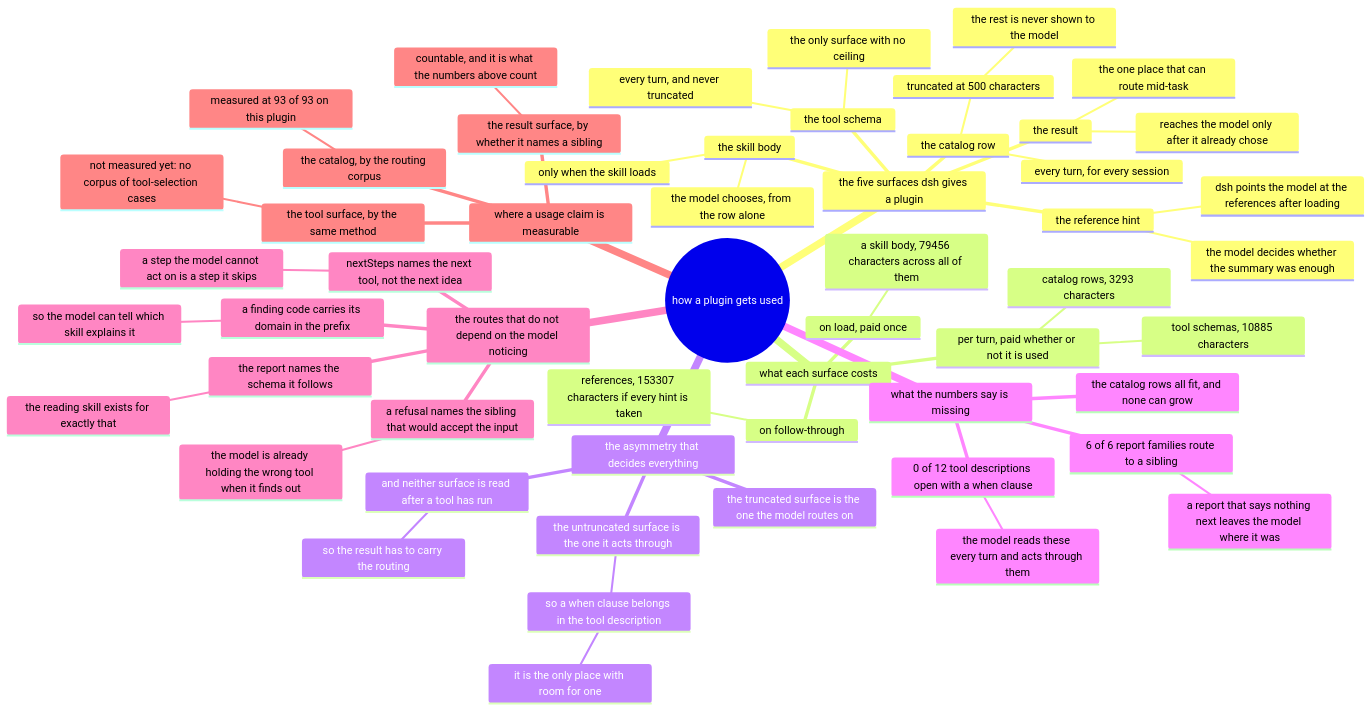
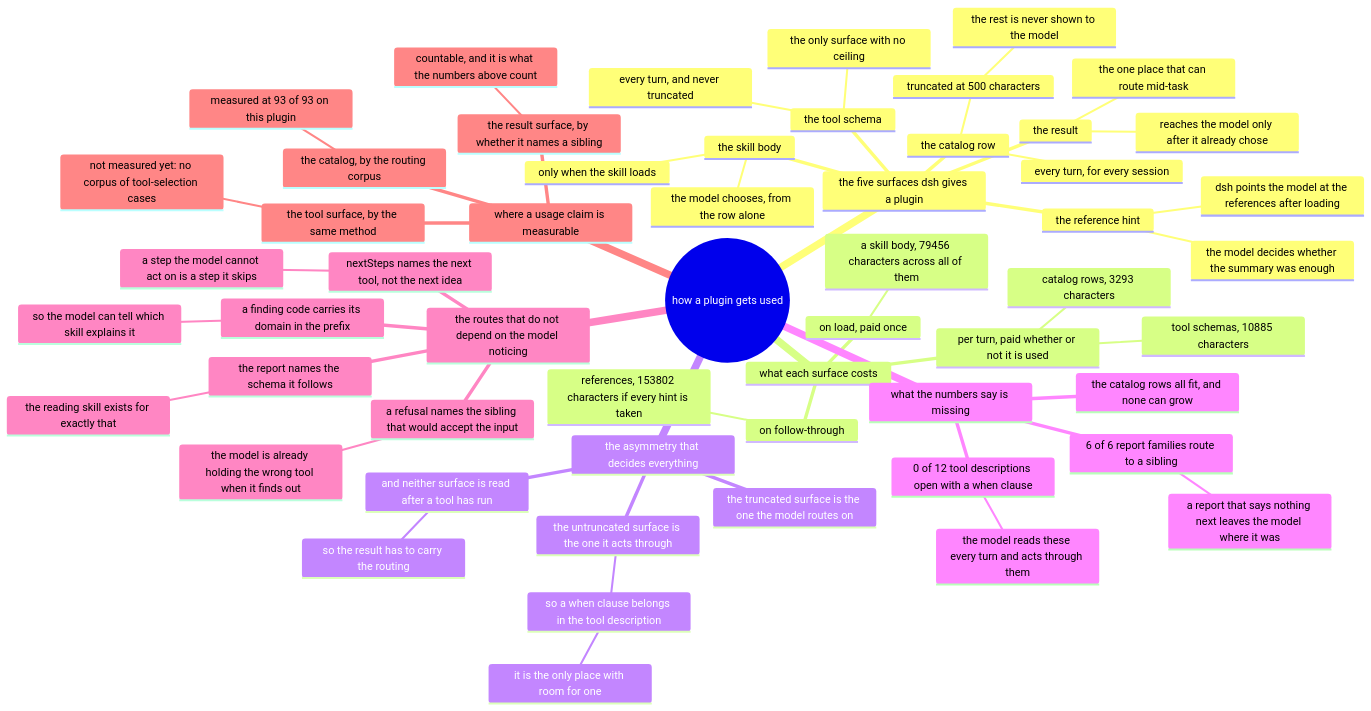
Before and after one commit to AmethystLuna/dsh-model-everything: the diagram in docs/usage/mindmap.mmd, drawn with Mermaid. The commit also changed 14 other files, not shown here.

```diff
--- a/docs/usage/mindmap.mmd
+++ b/docs/usage/mindmap.mmd
@@ -1,56 +1,56 @@
 mindmap
 root((how a plugin gets used))
   the five surfaces dsh gives a plugin
     the catalog row
       every turn, for every session
       truncated at 500 characters
         the rest is never shown to the model
     the skill body
       only when the skill loads
       the model chooses, from the row alone
     the reference hint
       dsh points the model at the references after loading
       the model decides whether the summary was enough
     the tool schema
       every turn, and never truncated
       the only surface with no ceiling
     the result
       reaches the model only after it already chose
       the one place that can route mid-task
   what each surface costs
     per turn, paid whether or not it is used
       catalog rows, 3293 characters
       tool schemas, 10885 characters
     on load, paid once
       a skill body, 79456 characters across all of them
     on follow-through
-      references, 153307 characters if every hint is taken
+      references, 153802 characters if every hint is taken
   the asymmetry that decides everything
     the truncated surface is the one the model routes on
     the untruncated surface is the one it acts through
       so a when clause belongs in the tool description
         it is the only place with room for one
     and neither surface is read after a tool has run
       so the result has to carry the routing
   what the numbers say is missing
     0 of 12 tool descriptions open with a when clause
       the model reads these every turn and acts through them
     6 of 6 report families route to a sibling
       a report that says nothing next leaves the model where it was
     the catalog rows all fit, and none can grow
   the routes that do not depend on the model noticing
     a refusal names the sibling that would accept the input
       the model is already holding the wrong tool when it finds out
     nextSteps names the next tool, not the next idea
       a step the model cannot act on is a step it skips
     a finding code carries its domain in the prefix
       so the model can tell which skill explains it
     the report names the schema it follows
       the reading skill exists for exactly that
   where a usage claim is measurable
     the catalog, by the routing corpus
       measured at 93 of 93 on this plugin
     the tool surface, by the same method
       not measured yet: no corpus of tool-selection cases
     the result surface, by whether it names a sibling
       countable, and it is what the numbers above count
```
